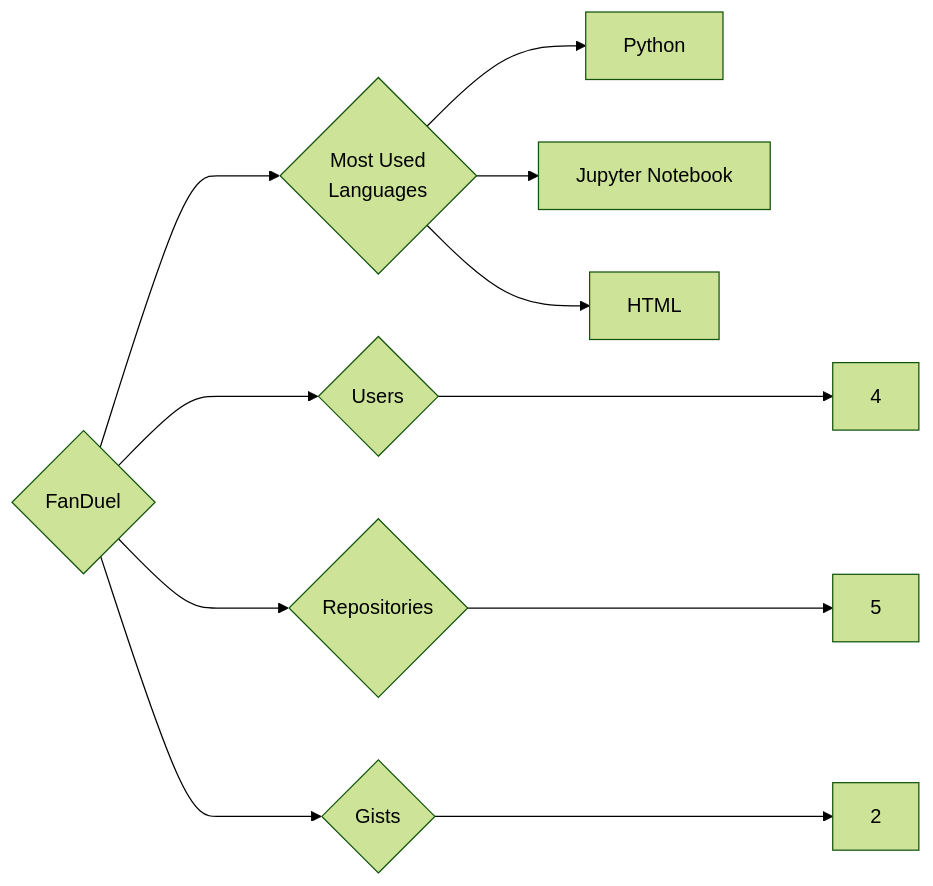
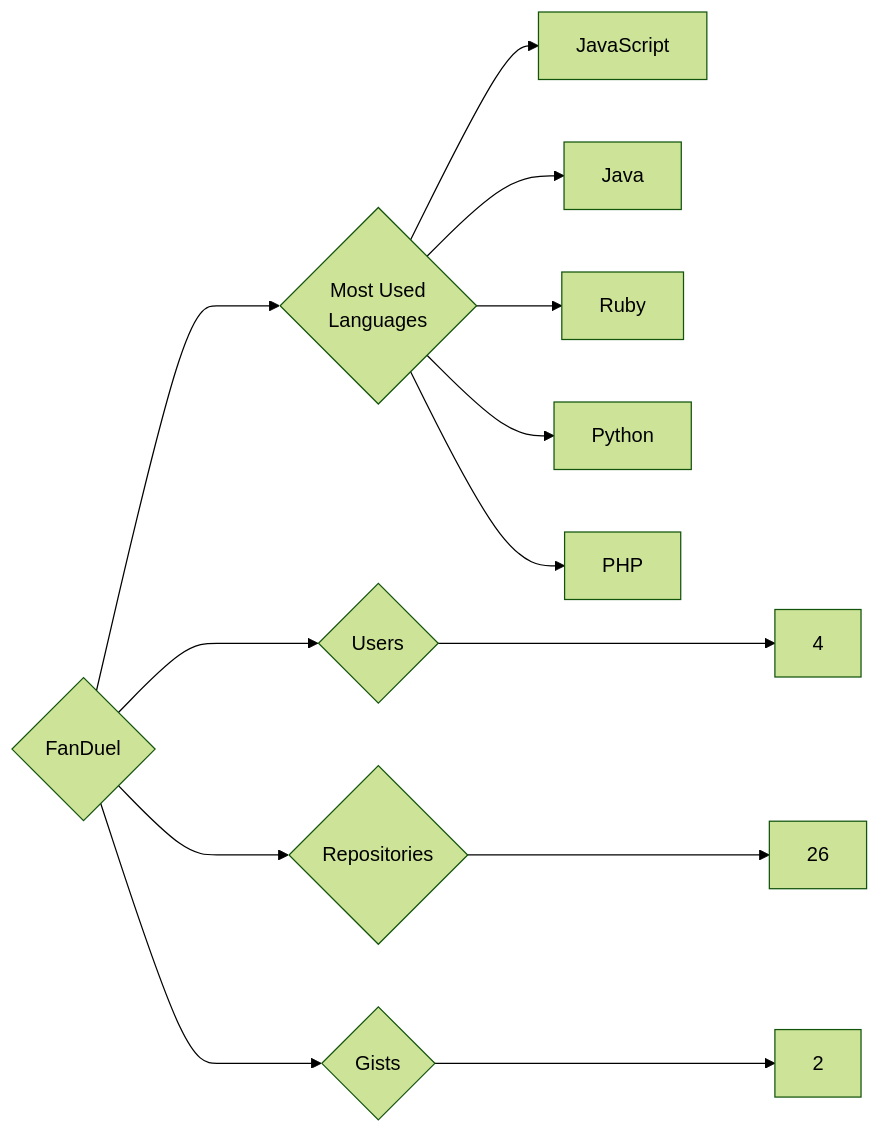
The diagram in targets/FanDuel/README.md (trickest/insiders), drawn with Mermaid (forest theme) before and after one commit. The commit also changed 985 other files, not shown here.

````diff
--- a/targets/FanDuel/README.md
+++ b/targets/FanDuel/README.md
@@ -3,11 +3,13 @@
 ```mermaid
 graph LR
 COMPANY_NAME{FanDuel}
 COMPANY_NAME ---> U{Users} ---> UN[4]
-COMPANY_NAME ---> R{Repositories} ---> RN[5]
+COMPANY_NAME ---> R{Repositories} ---> RN[26]
 COMPANY_NAME ---> G{Gists} ---> GN[2]
 COMPANY_NAME ---> ML{Most Used<br>Languages}
+ML --> JavaScript[JavaScript]
+ML --> Java[Java]
+ML --> Ruby[Ruby]
 ML --> Python[Python]
-ML --> Jupyter_Notebook[Jupyter Notebook]
-ML --> HTML[HTML]
+ML --> PHP[PHP]
 ```
````
